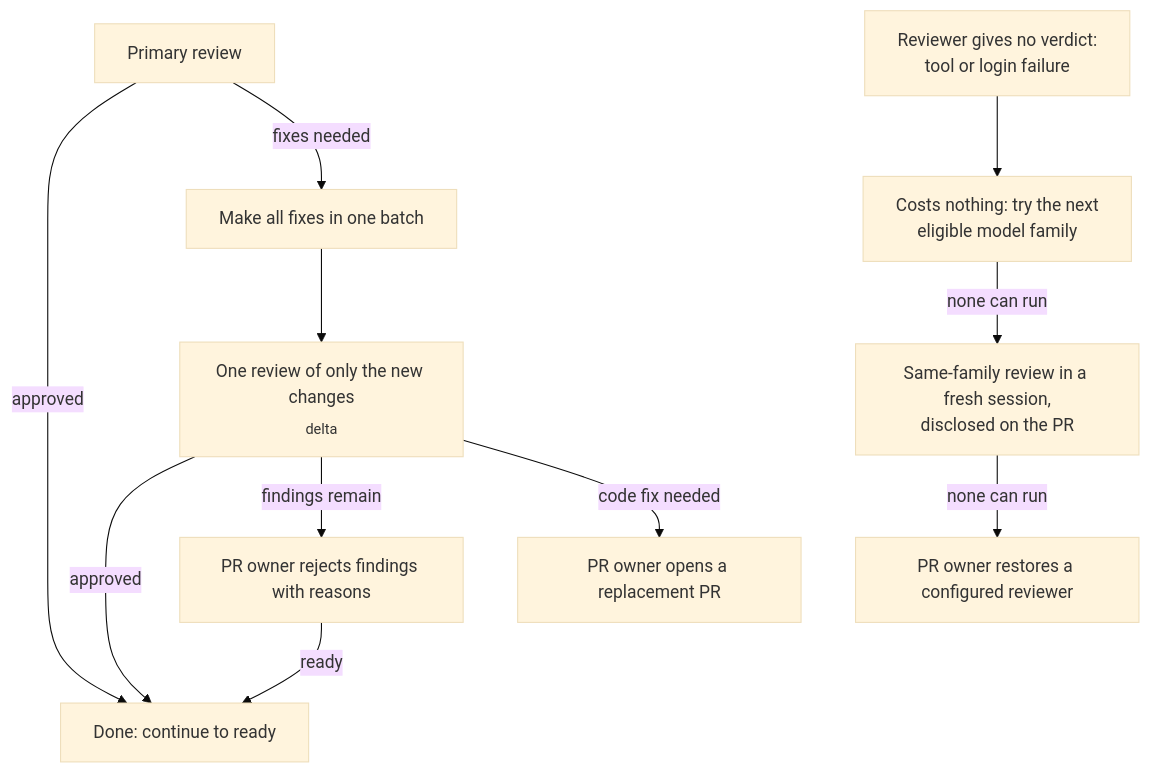
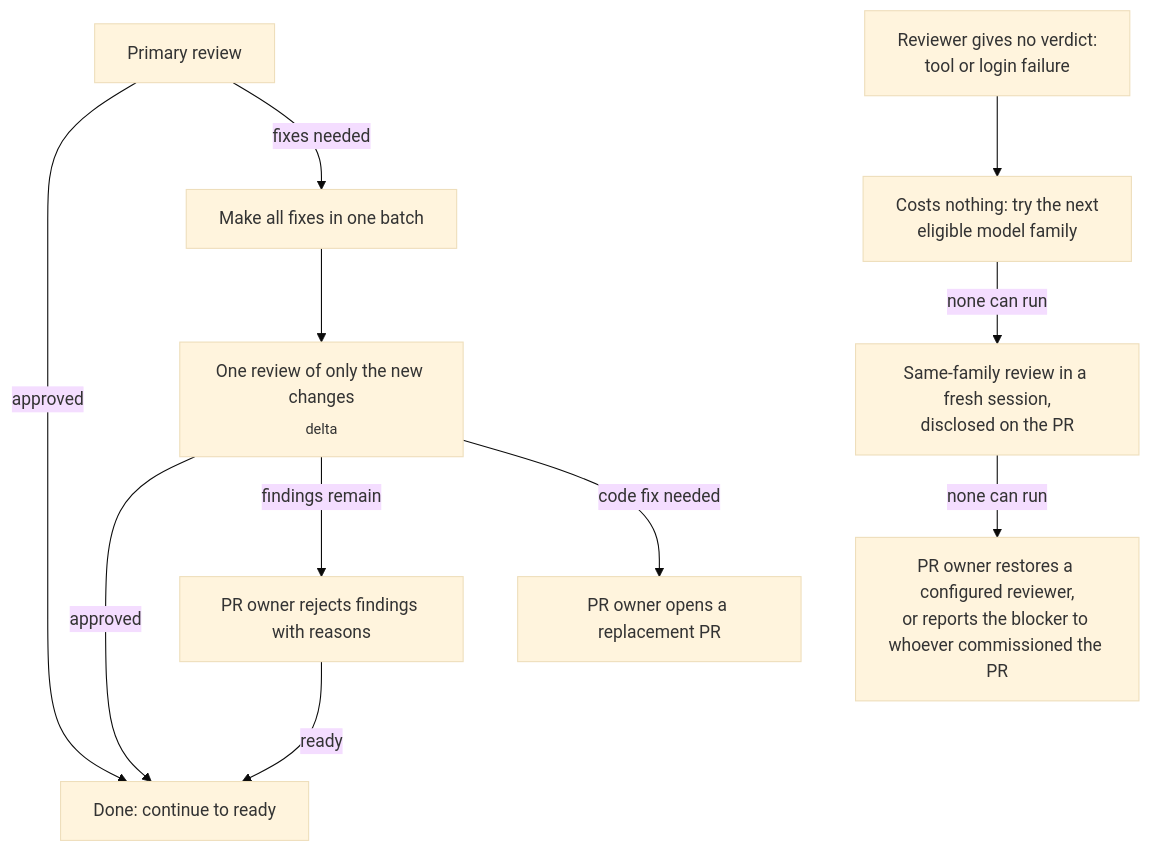
Before and after one commit to feder-positronics/loop-zero: the second of 3 diagrams in docs/WORKFLOW.md, drawn with Mermaid (base theme). The commit also changed 2 other files, not shown here.

Commit message:
Give review exit 4 a route when the reviewer cannot be restored
When no configured reviewer can run, the PR owner restores one and retries;
if it cannot, it now reports the blocker to whoever commissioned the PR. The
contract, the review-budget diagram and the CLI's exit-4 message say the
same (r7c-01; the circular 'wait for the PR owner' came from #2014 and was
partly fixed by #2076).

Refs #1992

Architecture-Review: unchanged; wording of the reviewer-unavailable route and one CLI message, no exit code or boundary changes

````diff
--- a/docs/WORKFLOW.md
+++ b/docs/WORKFLOW.md
@@ -38,13 +38,13 @@
 ```mermaid
 flowchart TD
     A["Primary review"] -->|approved| Z["Done: continue to ready"]
     A -->|fixes needed| B["Make all fixes in one batch"]
     B --> C["One review of only the new changes<br/><sub>delta</sub>"]
     C -->|approved| Z
     C -->|findings remain| D["PR owner rejects findings with reasons"]
     D -->|ready| Z
     C -->|code fix needed| E["PR owner opens a replacement PR"]
     G["Reviewer gives no verdict:<br/>tool or login failure"] --> H["Costs nothing: try the next<br/>eligible model family"]
     H -->|none can run| J["Same-family review in a fresh session,<br/>disclosed on the PR"]
-    J -->|none can run| I["PR owner restores a configured reviewer"]
+    J -->|none can run| I["PR owner restores a configured reviewer,<br/>or reports the blocker to whoever commissioned the PR"]
 ```
````
